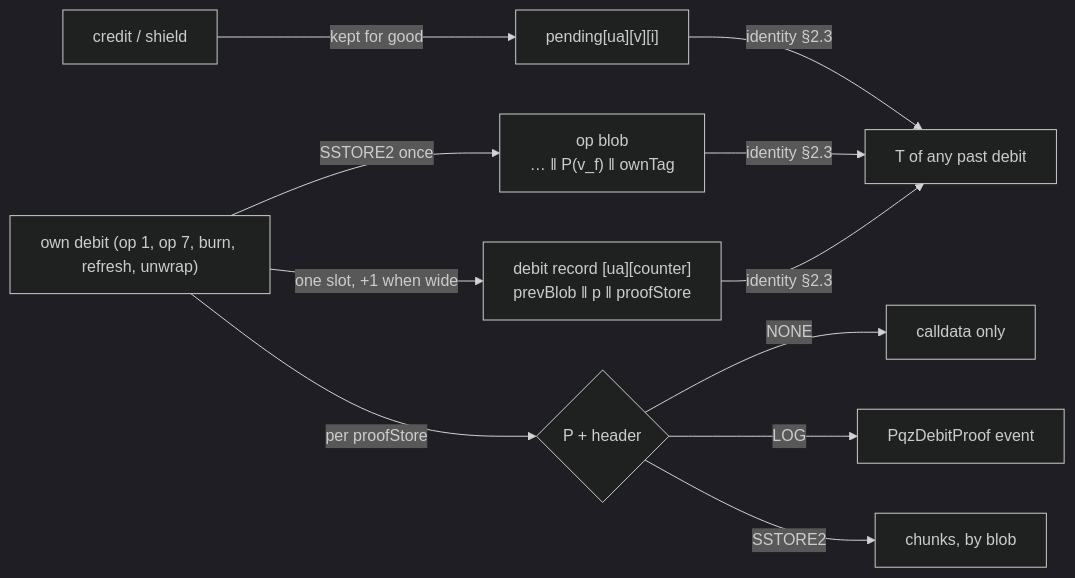
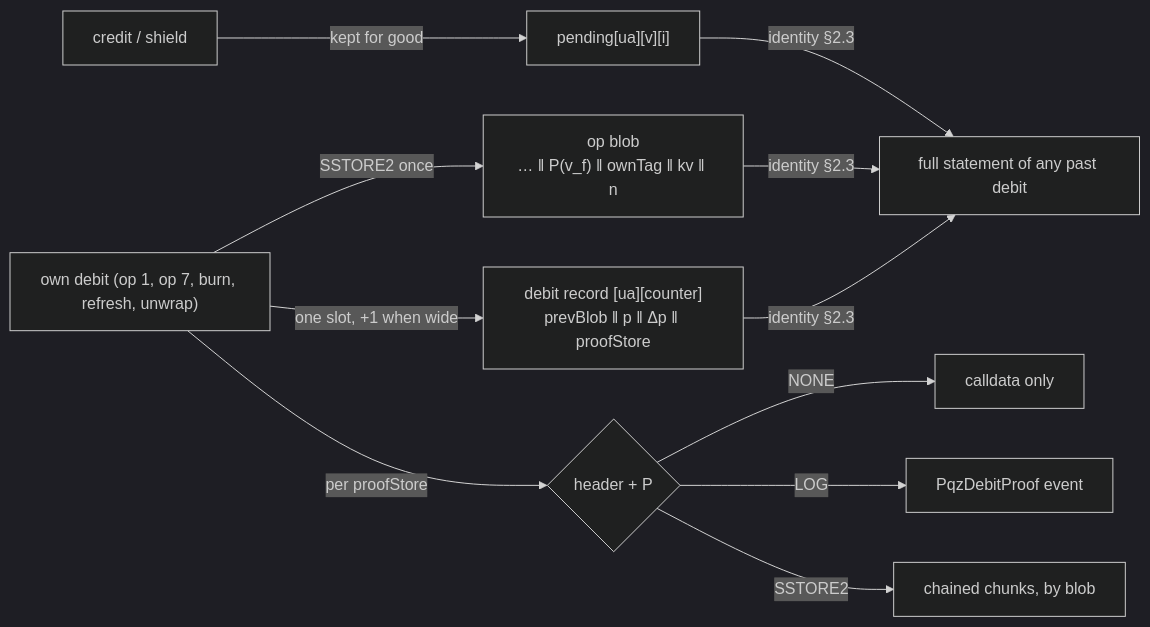
The diagram in docs/superpowers/specs/2026-11-06-pqz-proof-path.md (dinhduongha/scaas), drawn with Mermaid (dark theme) before and after one commit. The commit also changed other lines of this file and 1 other file, not shown here.

First line of the commit message:
spec + plan: PQZ proof path 3h revised after Codex and Fable reviews (T58-T66)

````diff
--- a/docs/superpowers/specs/2026-11-06-pqz-proof-path.md
+++ b/docs/superpowers/specs/2026-11-06-pqz-proof-path.md
@@ -85,11 +96,11 @@
 ```mermaid
 flowchart LR
-  D["own debit (op 1, op 7, burn, refresh, unwrap)"] -->|"SSTORE2 once"| B["op blob<br/>… ‖ P(v_f) ‖ ownTag"]
-  D -->|"one slot, +1 when wide"| R["debit record [ua][counter]<br/>prevBlob ‖ p ‖ proofStore"]
-  D -->|"per proofStore"| P{"P + header"}
+  D["own debit (op 1, op 7, burn, refresh, unwrap)"] -->|"SSTORE2 once"| B["op blob<br/>… ‖ P(v_f) ‖ ownTag ‖ kv ‖ n"]
+  D -->|"one slot, +1 when wide"| R["debit record [ua][counter]<br/>prevBlob ‖ p ‖ Δp ‖ proofStore"]
+  D -->|"per proofStore"| P{"header + P"}
   P -->|NONE| CD["calldata only"]
   P -->|LOG| EV["PqzDebitProof event"]
-  P -->|SSTORE2| ST["chunks, by blob"]
+  P -->|SSTORE2| ST["chained chunks, by blob"]
   C["credit / shield"] -->|"kept for good"| Q["pending[ua][v][i]"]
-  R & Q & B -->|"identity §2.3"| T["T of any past debit"]
+  R & Q & B -->|"identity §2.3"| T["full statement of any past debit"]
 ```
````
